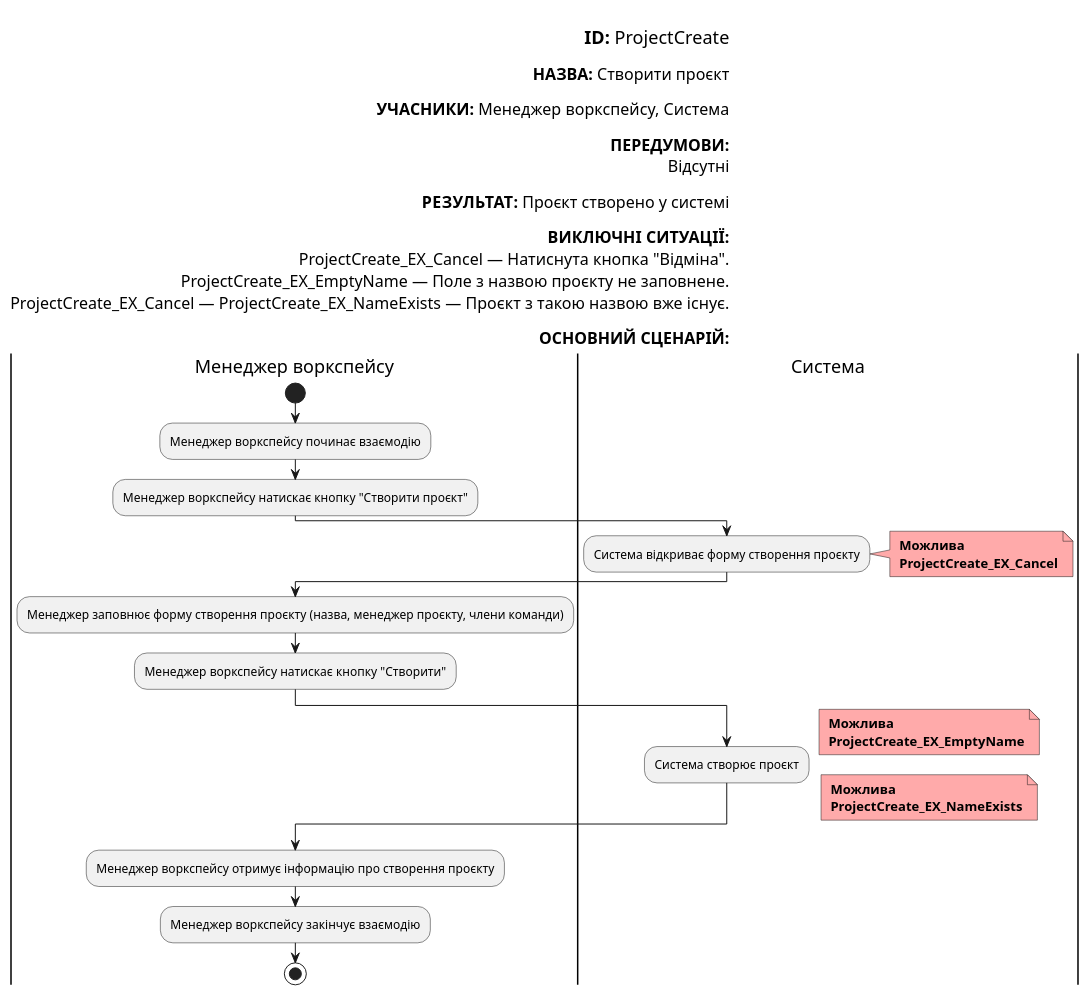
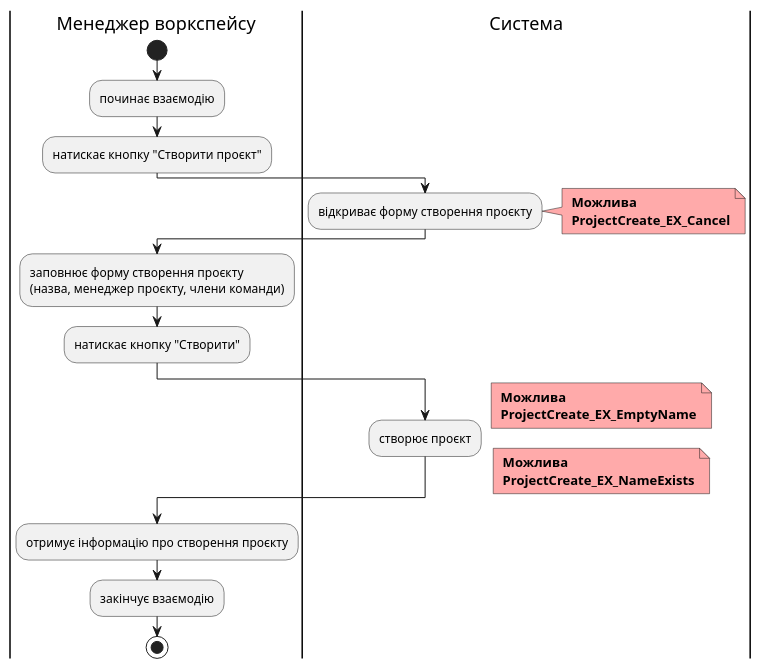
Before and after one commit to yaryna-bashchak/db_course_work: diagram 18 of 24 in docs/use cases/README.md, drawn with PlantUML. The commit also changed other lines of this file, not shown here.

Commit message:
updated diagrams for user cases

```diff
--- a/docs/use cases/README.md
+++ b/docs/use cases/README.md
@@ -929,60 +907,40 @@
 @startuml
-
-    left header
-
-        <font color=000 size=18><b>ID:</b> ProjectCreate
-
-        <font color=000 size=16><b>НАЗВА:</b> Створити проєкт
-
-        <font color=000 size=16><b>УЧАСНИКИ:</b> Менеджер воркспейсу, Система
-
-        <font color=000 size=16><b>ПЕРЕДУМОВИ:</b> 
-        <font color=000 size=16> Відсутні
-
-        <font color=000 size=16><b>РЕЗУЛЬТАТ:</b> Проєкт створено у системі
-        
-        <font color=000 size=16><b>ВИКЛЮЧНІ СИТУАЦІЇ:</b>
-        <font color=000 size=16> ProjectCreate_EX_Cancel — Натиснута кнопка "Відміна".
-        <font color=000 size=16> ProjectCreate_EX_EmptyName — Поле з назвою проєкту не заповнене.
-        <font color=000 size=16> ProjectCreate_EX_Cancel — ProjectCreate_EX_NameExists — Проєкт з такою назвою вже існує.
-
-        <font color=000 size=16><b>ОСНОВНИЙ СЦЕНАРІЙ:</b>
-    end header
 
     |Менеджер воркспейсу|
         start
-        :Менеджер воркспейсу починає взаємодію;
+        :починає взаємодію;
         
-        :Менеджер воркспейсу натискає кнопку "Створити проєкт";
+        :натискає кнопку "Створити проєкт";
 
     |Система|
-        :Система відкриває форму створення проєкту;
+        :відкриває форму створення проєкту;
         note right #ffaaaa
         <b> Можлива
         <b> ProjectCreate_EX_Cancel
         end note
 
     |Менеджер воркспейсу|
-        :Менеджер заповнює форму створення проєкту (назва, менеджер проєкту, члени команди);
+        :заповнює форму створення проєкту 
+        (назва, менеджер проєкту, члени команди);
         
-        :Менеджер воркспейсу натискає кнопку "Створити";
+        :натискає кнопку "Створити";
 
     |Система|
-        :Система створює проєкт;
+        :створює проєкт;
         note right #ffaaaa
         <b> Можлива
         <b> ProjectCreate_EX_EmptyName
         end note
         note right #ffaaaa
         <b> Можлива
         <b> ProjectCreate_EX_NameExists
         end note
 
     |Менеджер воркспейсу|
-        :Менеджер воркспейсу отримує інформацію про створення проєкту;
+        :отримує інформацію про створення проєкту;
         
-        :Менеджер воркспейсу закінчує взаємодію;
+        :закінчує взаємодію;
 
         stop;
 
 @enduml
```
